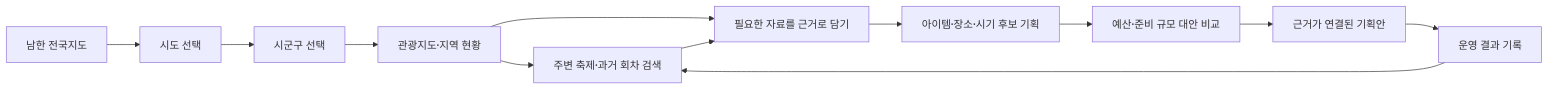
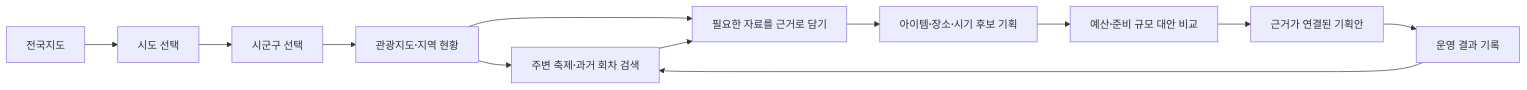
The diagram in docs/design/07-region-planning-milestones.md (gitvssh/fest-compass), drawn with Mermaid before and after one commit. The commit also changed other lines of this file and 44 other files, not shown here.

````diff
--- a/docs/design/07-region-planning-milestones.md
+++ b/docs/design/07-region-planning-milestones.md
@@ -56,14 +56,14 @@
 ```mermaid
 flowchart LR
-    N[남한 전국지도] --> P[시도 선택]
+    N[전국지도] --> P[시도 선택]
     P --> A[시군구 선택]
     A --> B[관광지도·지역 현황]
     B --> C[주변 축제·과거 회차 검색]
     B --> D[필요한 자료를 근거로 담기]
     C --> D
     D --> E[아이템·장소·시기 후보 기획]
     E --> F[예산·준비 규모 대안 비교]
     F --> G[근거가 연결된 기획안]
     G --> H[운영 결과 기록]
     H --> C
 ```
````
